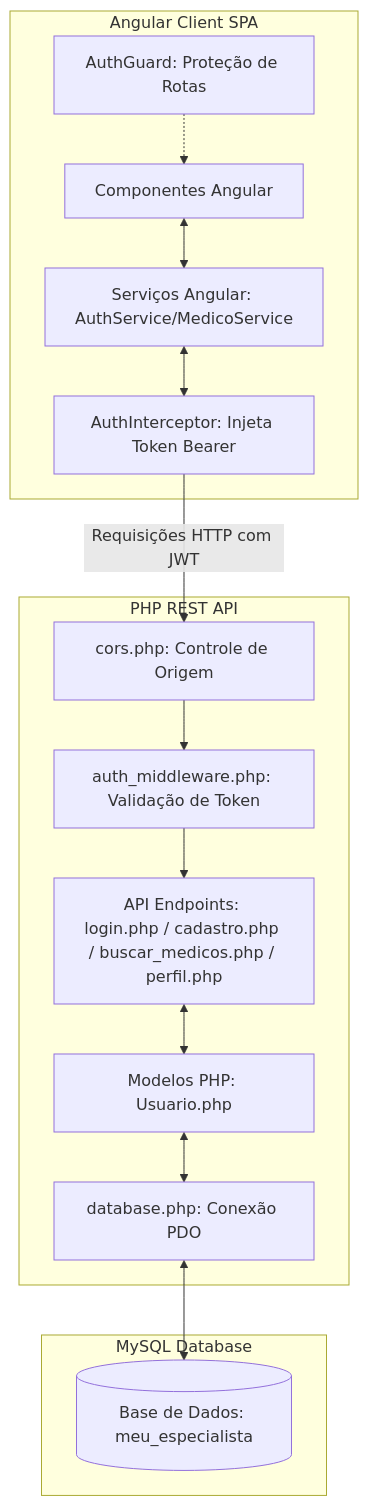
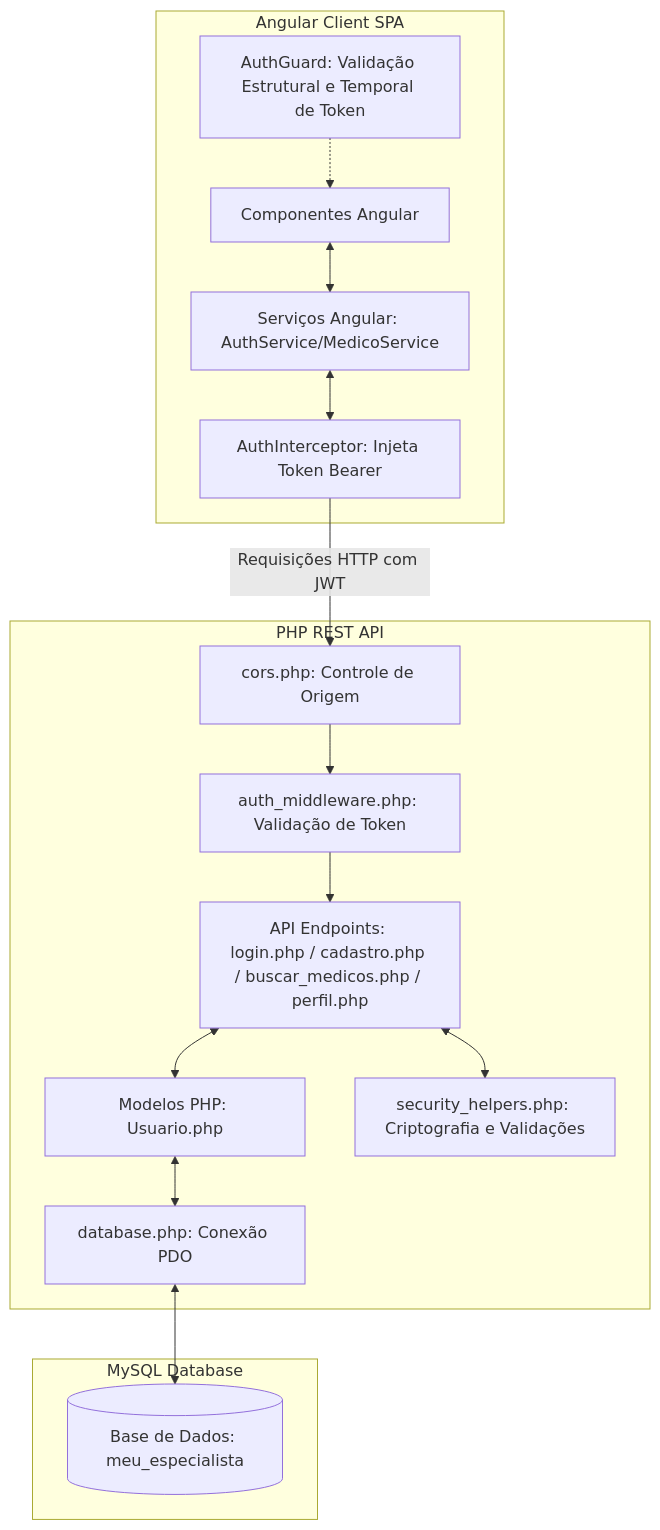
The diagram in analysis_results.md (SarahBea11/MeuEspecialista), drawn with Mermaid before and after one commit. The commit also changed other lines of this file and 16 other files, not shown here.

````diff
--- a/analysis_results.md
+++ b/analysis_results.md
@@ -14,21 +14,22 @@
 ```mermaid
 graph TD
     subgraph Frontend [Angular Client SPA]
         A[Componentes Angular] <--> B[Serviços Angular: AuthService/MedicoService]
         B <--> C[AuthInterceptor: Injeta Token Bearer]
-        D[AuthGuard: Proteção de Rotas] -.-> A
+        D[AuthGuard: Validação Estrutural e Temporal de Token] -.-> A
     end
 
     subgraph Backend [PHP REST API]
         E[cors.php: Controle de Origem] --> F[auth_middleware.php: Validação de Token]
         F --> G[API Endpoints: login.php / cadastro.php / buscar_medicos.php / perfil.php]
         G <--> H[Modelos PHP: Usuario.php]
         H <--> I[database.php: Conexão PDO]
+        G <--> K[security_helpers.php: Criptografia e Validações]
     end
 
     subgraph BD [MySQL Database]
         I <--> J[(Base de Dados: meu_especialista)]
     end
 
     C -- Requisições HTTP com JWT --> E
 ```
````
